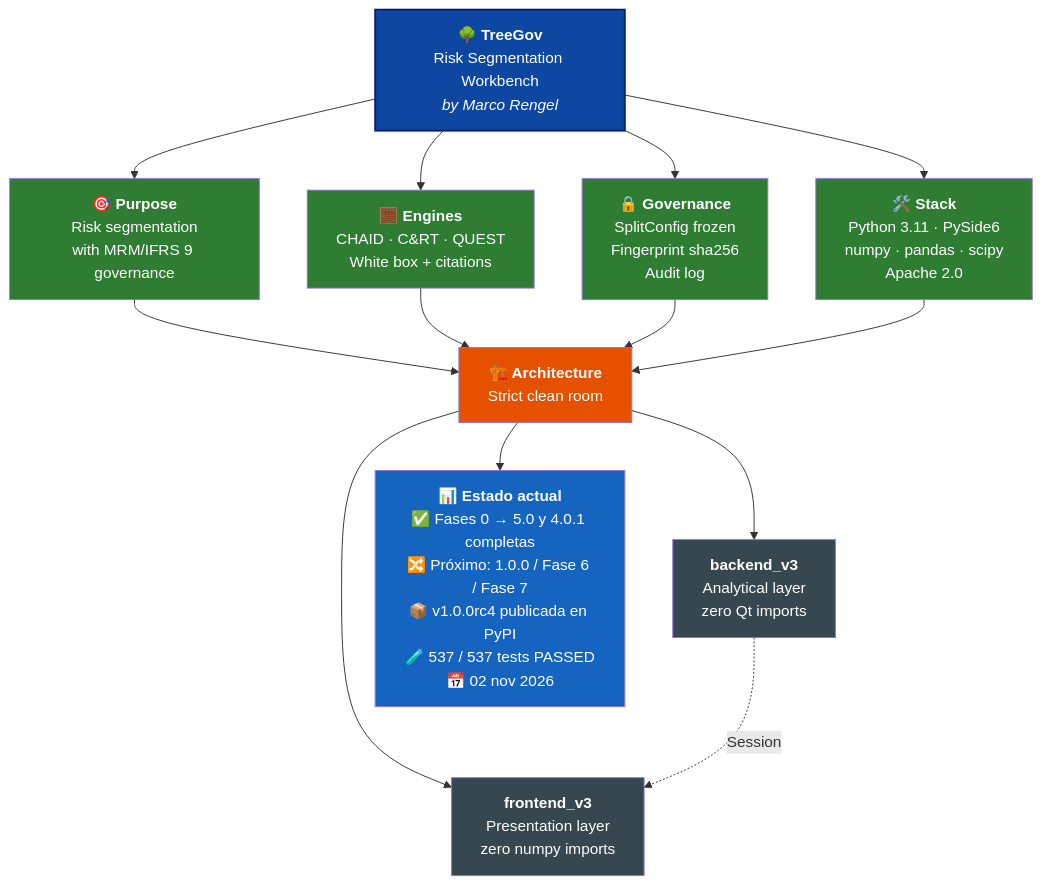
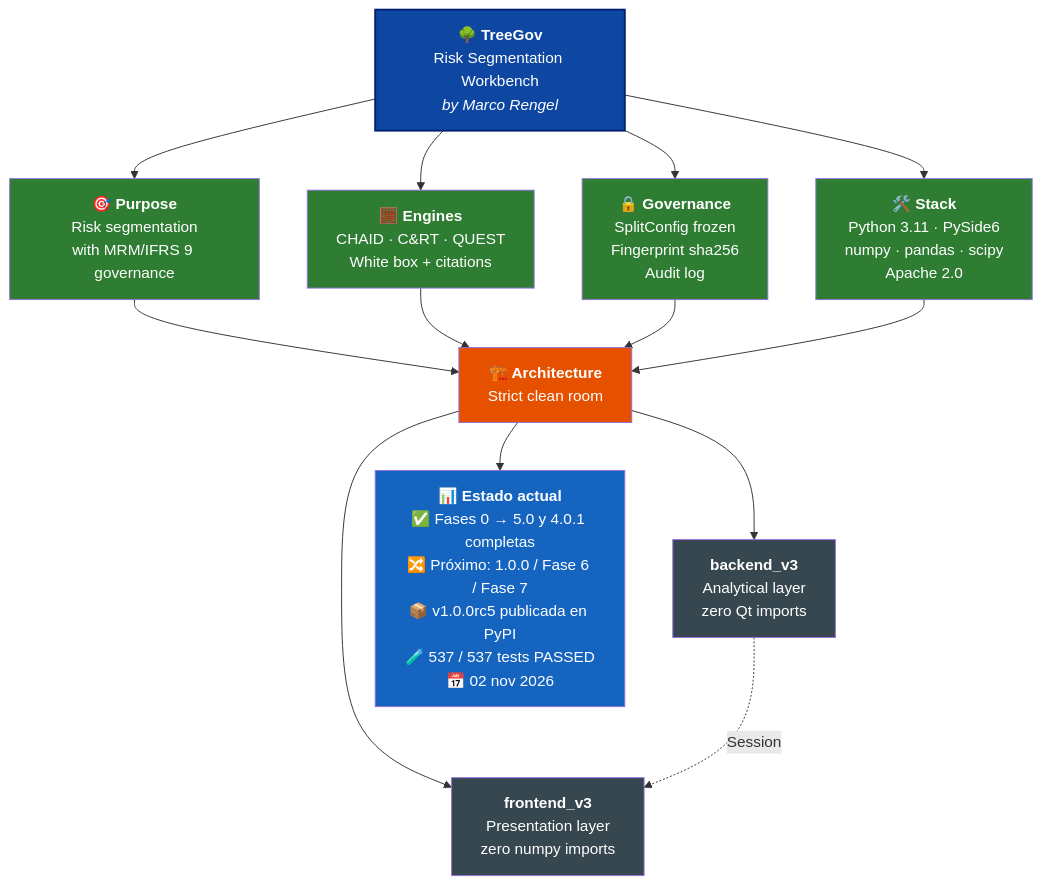
One commit to Marco-Rengel/treegov changed the diagram in README.md. Above: the diagram before and after it, drawn with Mermaid. The commit also changed other lines of this file and 3 other files, not shown here.

````diff
--- a/README.md
+++ b/README.md
@@ -38,31 +38,31 @@
 ```mermaid
 flowchart TB
     TG["<b>🌳 TreeGov</b><br/>Risk Segmentation Workbench<br/><i>by Marco Rengel</i>"]
 
     TG --> P["<b>🎯 Purpose</b><br/>Risk segmentation<br/>with MRM/IFRS 9 governance"]
     TG --> M["<b>🧮 Engines</b><br/>CHAID · C&RT · QUEST<br/>White box + citations"]
     TG --> G["<b>🔒 Governance</b><br/>SplitConfig frozen<br/>Fingerprint sha256<br/>Audit log"]
     TG --> S["<b>🛠️ Stack</b><br/>Python 3.11 · PySide6<br/>numpy · pandas · scipy<br/>Apache 2.0"]
 
     P --> ARQ["<b>🏗️ Architecture</b><br/>Strict clean room"]
     M --> ARQ
     G --> ARQ
     S --> ARQ
 
     ARQ --> BE["<b>backend_v3</b><br/>Analytical layer<br/>zero Qt imports"]
     ARQ --> FE["<b>frontend_v3</b><br/>Presentation layer<br/>zero numpy imports"]
 
     BE -.->|Session| FE
 
-    ARQ --> ST["<b>📊 Estado actual</b><br/>✅ Fases 0 → 5.0 y 4.0.1 completas<br/>🔀 Próximo: 1.0.0 / Fase 6 / Fase 7<br/>📦 v1.0.0rc4 publicada en PyPI<br/>🧪 537 / 537 tests PASSED<br/>📅 02 nov 2026"]
+    ARQ --> ST["<b>📊 Estado actual</b><br/>✅ Fases 0 → 5.0 y 4.0.1 completas<br/>🔀 Próximo: 1.0.0 / Fase 6 / Fase 7<br/>📦 v1.0.0rc5 publicada en PyPI<br/>🧪 537 / 537 tests PASSED<br/>📅 02 nov 2026"]
 
     style TG fill:#0D47A1,color:#fff,stroke:#002171,stroke-width:2px
     style P fill:#2E7D32,color:#fff
     style M fill:#2E7D32,color:#fff
     style G fill:#2E7D32,color:#fff
     style S fill:#2E7D32,color:#fff
     style ARQ fill:#E65100,color:#fff
     style BE fill:#37474F,color:#fff
     style FE fill:#37474F,color:#fff
     style ST fill:#1565C0,color:#fff
 ```
````
